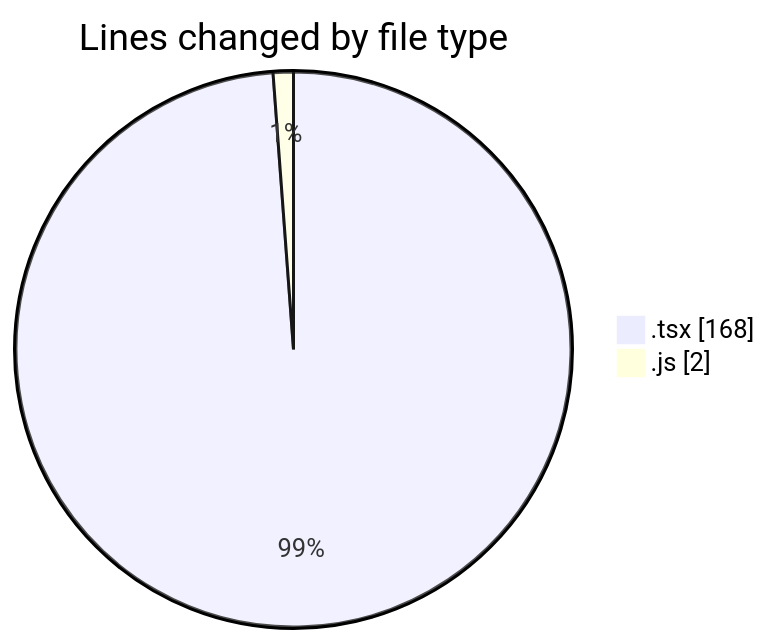
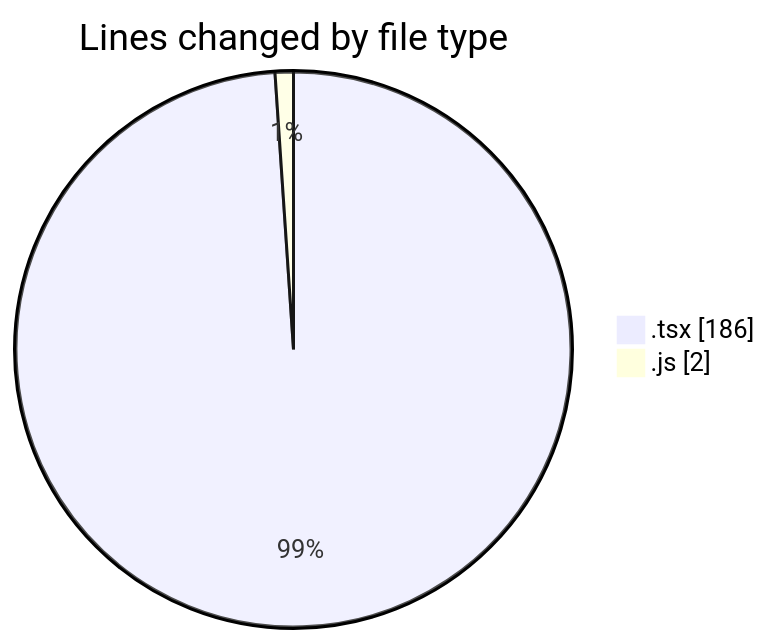
The first of 2 diagrams in 2026-05-15/cda/README.md (momahboobian/code-tracking), drawn with Mermaid before and after one commit. The commit also changed other lines of this file and 1 other file, not shown here.

````diff
--- a/2026-05-15/cda/README.md
+++ b/2026-05-15/cda/README.md
@@ -23,6 +24,6 @@
 ```mermaid
 pie showData
 title Lines changed by file type
-".tsx" : 168
+".tsx" : 186
 ".js" : 2
 ```
````
